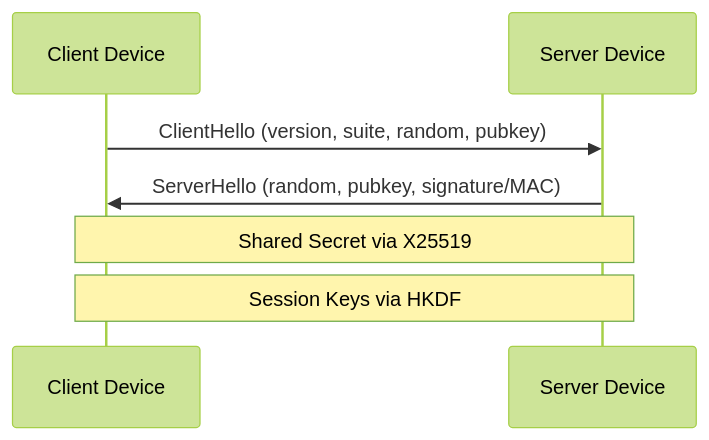
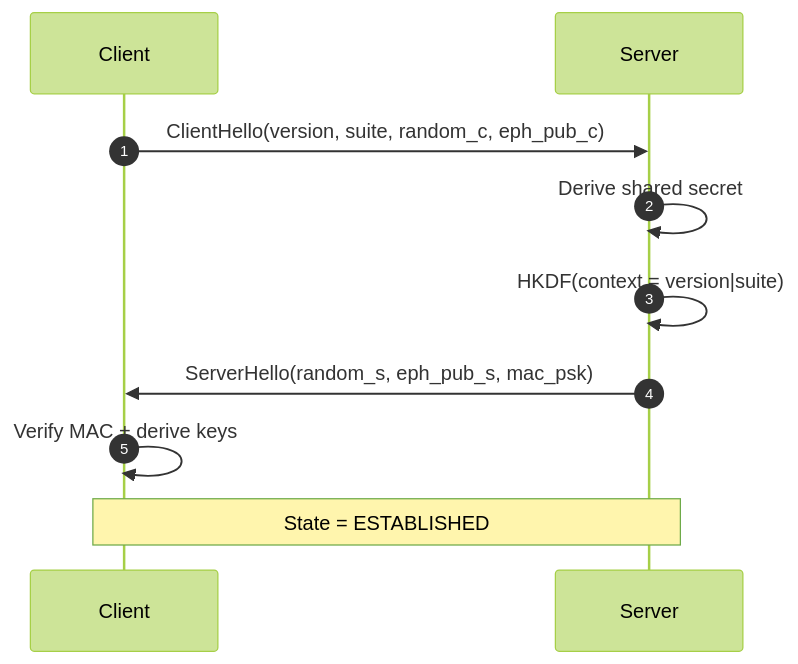
Before and after one commit to NESTREN/security-connect-protocol: the first of 6 diagrams in README.md, drawn with Mermaid (forest theme). The commit also changed other lines of this file and 4 other files, not shown here.

Commit message:
Polish README with badges, diagrams, attack scenarios and usage guide

````diff
--- a/README.md
+++ b/README.md
@@ -65,10 +50,13 @@
 ```mermaid
 sequenceDiagram
-    participant C as Client Device
-    participant S as Server Device
+    autonumber
+    participant C as Client
+    participant S as Server
 
-    C->>S: ClientHello (version, suite, random, pubkey)
-    S->>C: ServerHello (random, pubkey, signature/MAC)
-    Note over C,S: Shared Secret via X25519
-    Note over C,S: Session Keys via HKDF
+    C->>S: ClientHello(version, suite, random_c, eph_pub_c)
+    S->>S: Derive shared secret
+    S->>S: HKDF(context = version|suite)
+    S->>C: ServerHello(random_s, eph_pub_s, mac_psk)
+    C->>C: Verify MAC + derive keys
+    Note over C,S: State = ESTABLISHED
 ```
````
